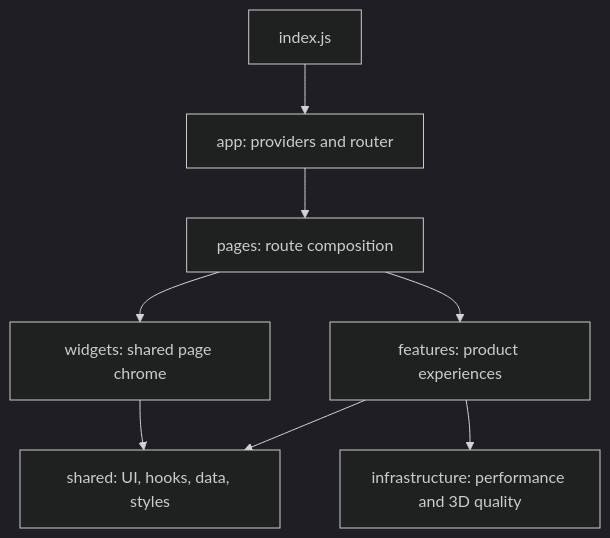
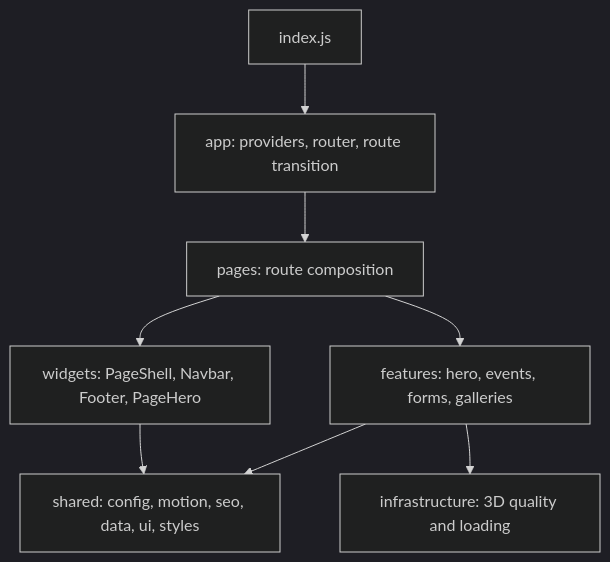
Before and after one commit to Garvit-821/Genesis-webby: the diagram in README.md, drawn with Mermaid (dark theme). The commit also changed other lines of this file and 136 other files, not shown here.

````diff
--- a/README.md
+++ b/README.md
@@ -7,10 +9,10 @@
 ```mermaid
 flowchart TD
-    Entry["index.js"] --> App["app: providers and router"]
+    Entry["index.js"] --> App["app: providers, router, route transition"]
     App --> Pages["pages: route composition"]
-    Pages --> Widgets["widgets: shared page chrome"]
-    Pages --> Features["features: product experiences"]
-    Widgets --> Shared["shared: UI, hooks, data, styles"]
+    Pages --> Widgets["widgets: PageShell, Navbar, Footer, PageHero"]
+    Pages --> Features["features: hero, events, forms, galleries"]
+    Widgets --> Shared["shared: config, motion, seo, data, ui, styles"]
     Features --> Shared
-    Features --> Infra["infrastructure: performance and 3D quality"]
+    Features --> Infra["infrastructure: 3D quality and loading"]
 ```
````
